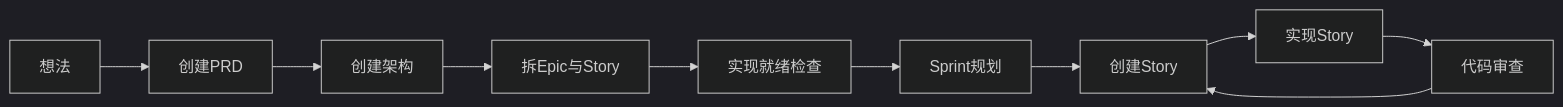
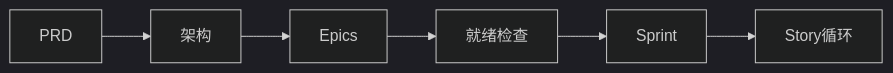
Before and after one commit to helloAhao096/helloahao096.github.io: the third of 3 diagrams in docs/posts/BMAD 使用指南 - AI 驱动敏捷开发框架.md, drawn with Mermaid (dark theme). The commit also changed other lines of this file and 1 other file, not shown here.

````diff
--- a/docs/posts/BMAD 使用指南 - AI 驱动敏捷开发框架.md
+++ b/docs/posts/BMAD 使用指南 - AI 驱动敏捷开发框架.md
@@ -307,12 +136,8 @@
 ```mermaid
 flowchart LR
-    A[想法] --> B[创建PRD]
-    B --> C[创建架构]
-    C --> D[拆Epic与Story]
-    D --> E[实现就绪检查]
-    E --> F[Sprint规划]
-    F --> G[创建Story]
-    G --> H[实现Story]
-    H --> I[代码审查]
-    I --> G
+    A[PRD] --> B[架构]
+    B --> C[Epics]
+    C --> D[就绪检查]
+    D --> E[Sprint]
+    E --> F[Story循环]
 ```
````
